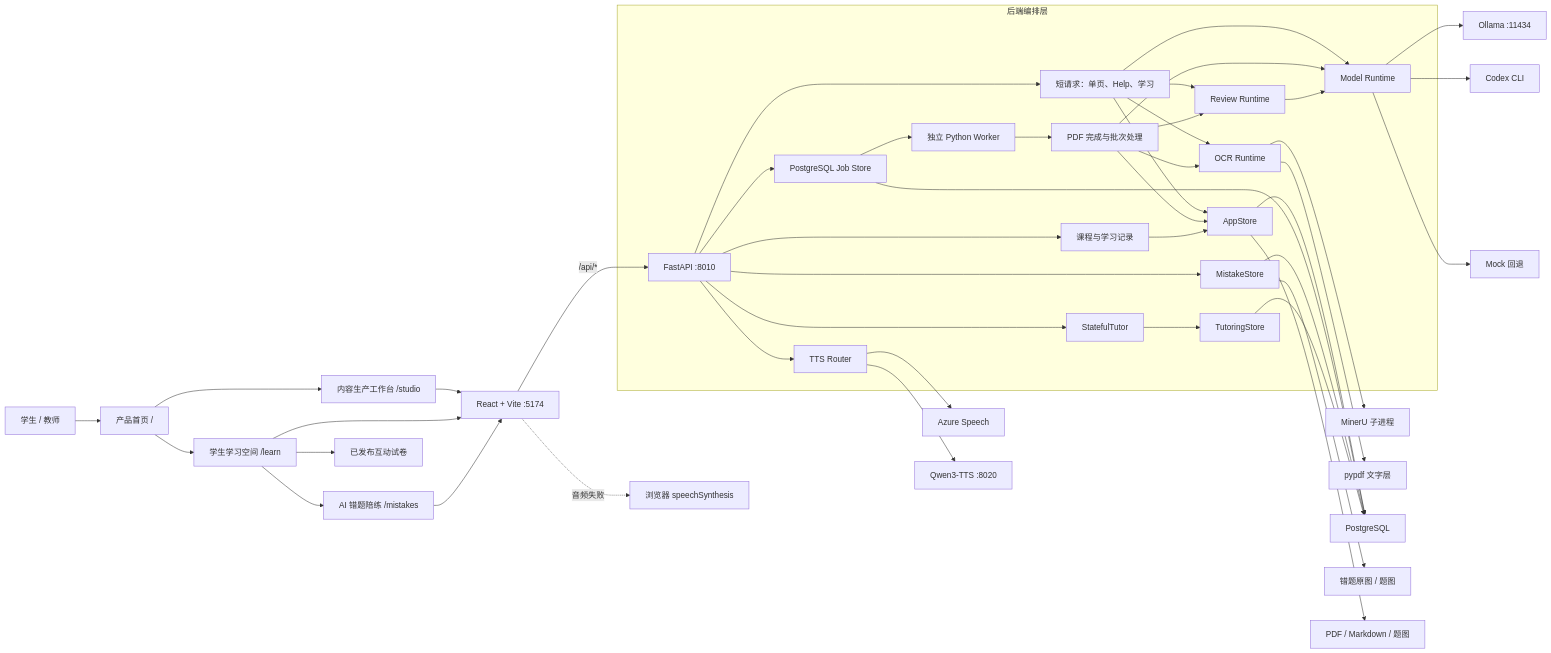
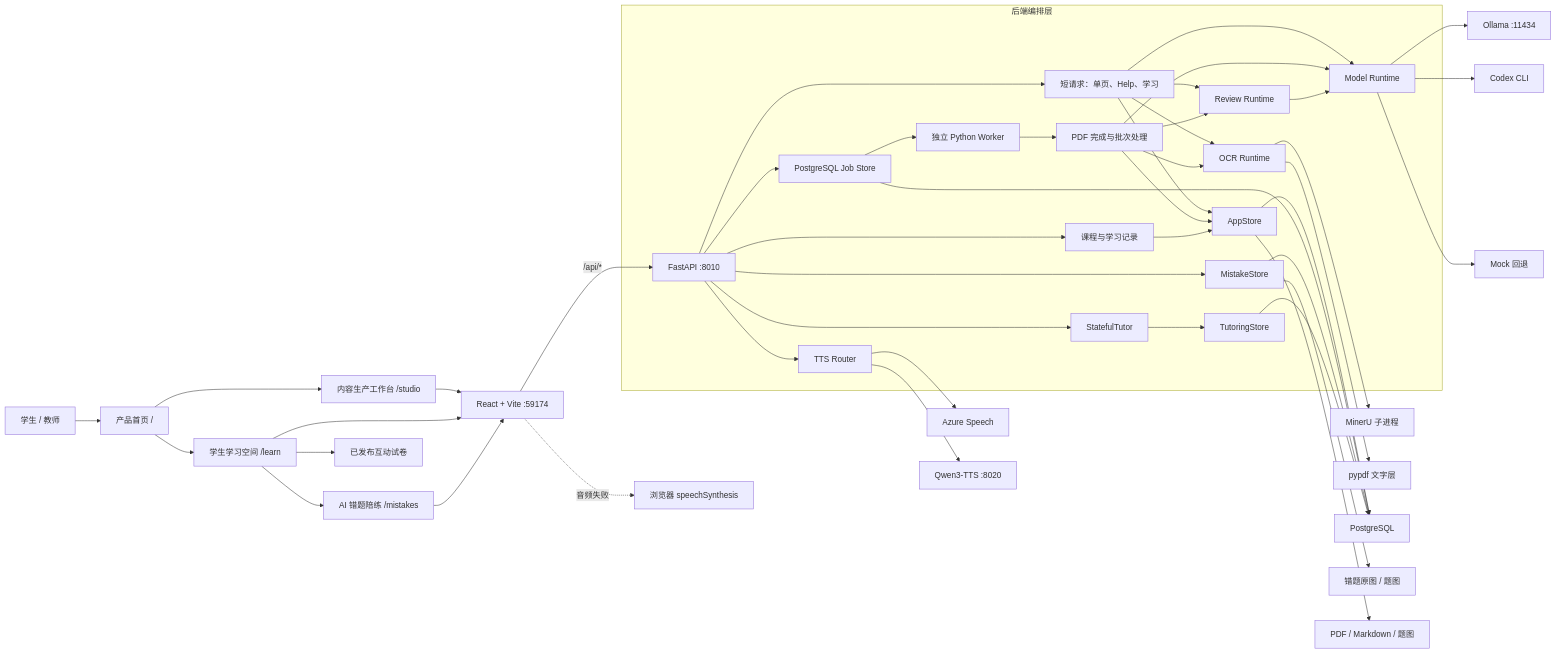
The first of 6 diagrams in docs/architecture.md (ningkaikok/dotty-tutor), drawn with Mermaid before and after one commit. The commit also changed other lines of this file and 4 other files, not shown here.

Commit message:
docs: sync monorepo layout and add tech stack overview diagram

````diff
--- a/docs/architecture.md
+++ b/docs/architecture.md
@@ -12,49 +12,49 @@
 ```mermaid
 flowchart LR
   User["学生 / 教师"] --> Home["产品首页 /"]
   Home --> Student["学生学习空间 /learn"]
   Home --> Studio["内容生产工作台 /studio"]
   Student --> Mistakes["AI 错题陪练 /mistakes"]
   Student --> Papers["已发布互动试卷"]
-  Studio --> Web["React + Vite :5174"]
+  Studio --> Web["React + Vite :59174"]
   Student --> Web
   Mistakes --> Web
   Web -->|"/api/*"| API["FastAPI :8010"]
 
   subgraph Backend["后端编排层"]
     API --> Pipeline["短请求：单页、Help、学习"]
     API --> JobStore["PostgreSQL Job Store"]
     JobStore --> Worker["独立 Python Worker"]
     Worker --> Processing["PDF 完成与批次处理"]
     API --> Learning["课程与学习记录"]
     Pipeline --> OCR["OCR Runtime"]
     Pipeline --> Model["Model Runtime"]
     Pipeline --> Review["Review Runtime"]
     Pipeline --> Store["AppStore"]
     Processing --> OCR
     Processing --> Model
     Processing --> Review
     Processing --> Store
     Learning --> Store
     API --> TTS["TTS Router"]
     API --> MistakeStore["MistakeStore"]
     API --> Tutor["StatefulTutor"]
     Tutor --> ThreadStore["TutoringStore"]
     Review --> Model
   end
 
   OCR --> MinerU["MinerU 子进程"]
   OCR --> PyPDF["pypdf 文字层"]
   Model --> Ollama["Ollama :11434"]
   Model --> Codex["Codex CLI"]
   Model --> Mock["Mock 回退"]
   Store --> PostgreSQL["PostgreSQL"]
   JobStore --> PostgreSQL
   MistakeStore --> PostgreSQL
   ThreadStore --> PostgreSQL
   MistakeStore --> MistakeFiles["错题原图 / 题图"]
   Store --> Files["PDF / Markdown / 题图"]
   TTS --> Azure["Azure Speech"]
   TTS --> Qwen["Qwen3-TTS :8020"]
   Web -. "音频失败" .-> BrowserTTS["浏览器 speechSynthesis"]
 ```
````
